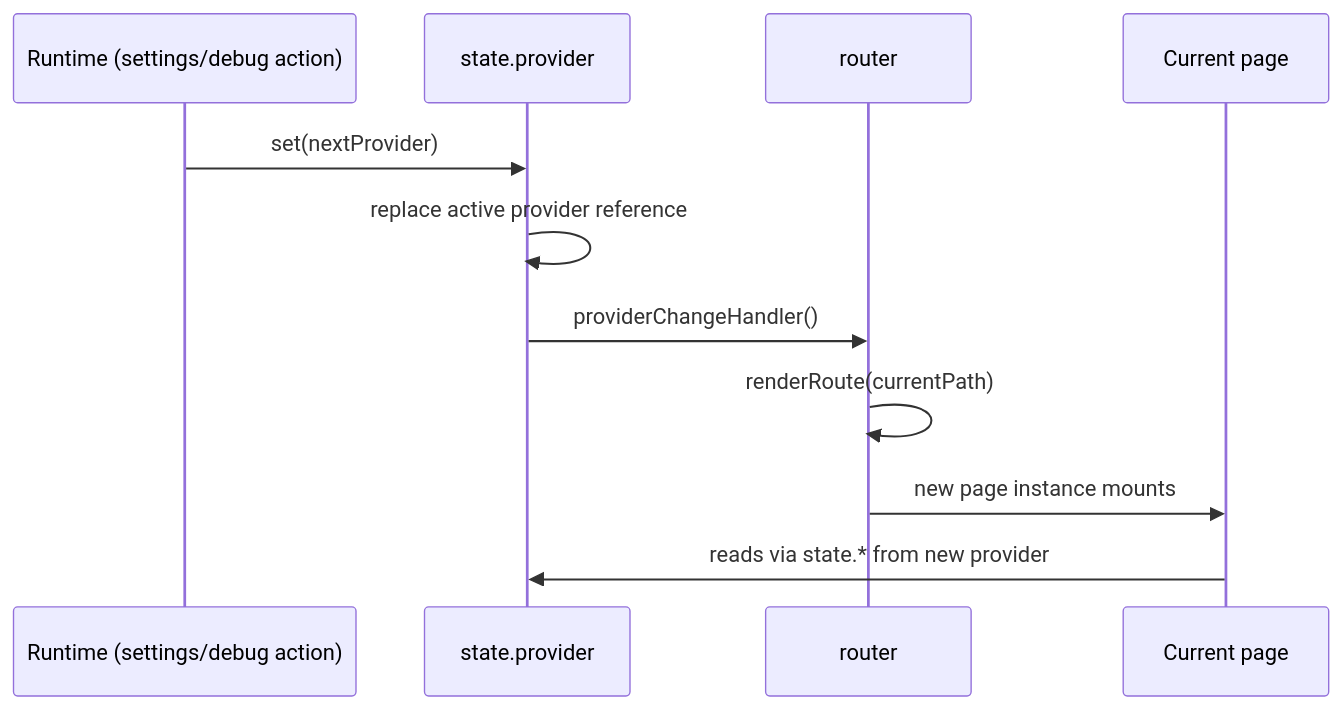
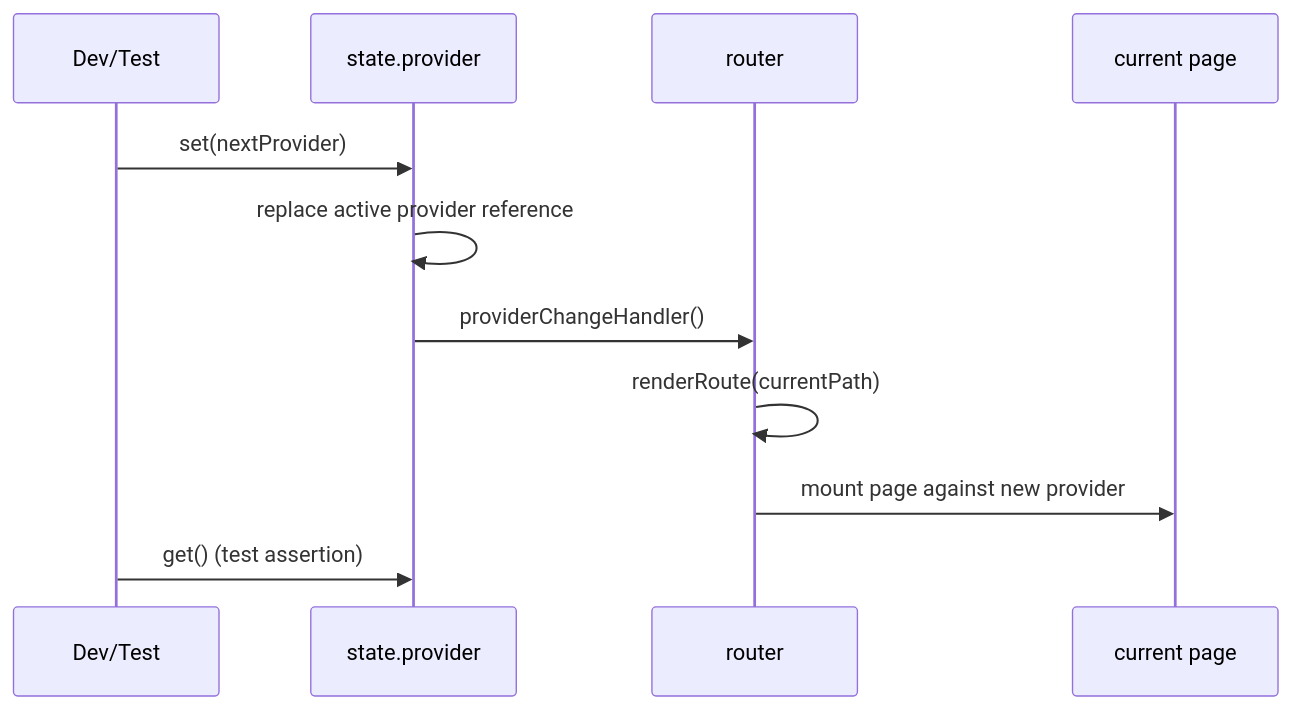
The seventh of 8 diagrams in src/lib/stateManagement.md (selfint/planit), drawn with Mermaid before and after one commit. The commit also changed other lines of this file and 9 other files, not shown here.

````diff
--- a/src/lib/stateManagement.md
+++ b/src/lib/stateManagement.md
@@ -129,14 +325,14 @@
 ```mermaid
 sequenceDiagram
-  participant UI as Runtime (settings/debug action)
-  participant State as state.provider
-  participant Router as router
-  participant Page as Current page
+  participant D as Dev/Test
+  participant S as state.provider
+  participant R as router
+  participant Pg as current page
 
-  UI->>State: set(nextProvider)
-  State->>State: replace active provider reference
-  State->>Router: providerChangeHandler()
-  Router->>Router: renderRoute(currentPath)
-  Router->>Page: new page instance mounts
-  Page->>State: reads via state.* from new provider
+  D->>S: set(nextProvider)
+  S->>S: replace active provider reference
+  S->>R: providerChangeHandler()
+  R->>R: renderRoute(currentPath)
+  R->>Pg: mount page against new provider
+  D->>S: get() (test assertion)
 ```
````
